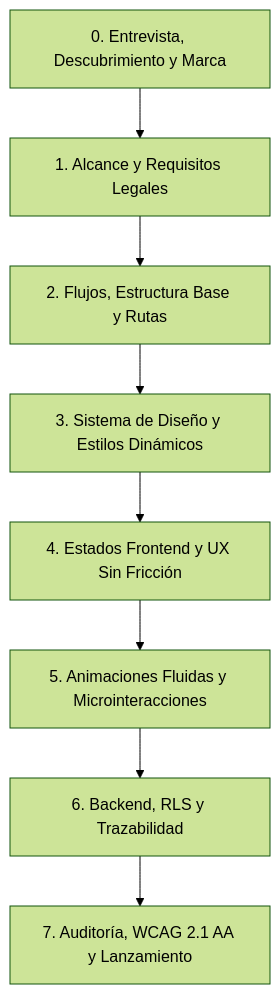
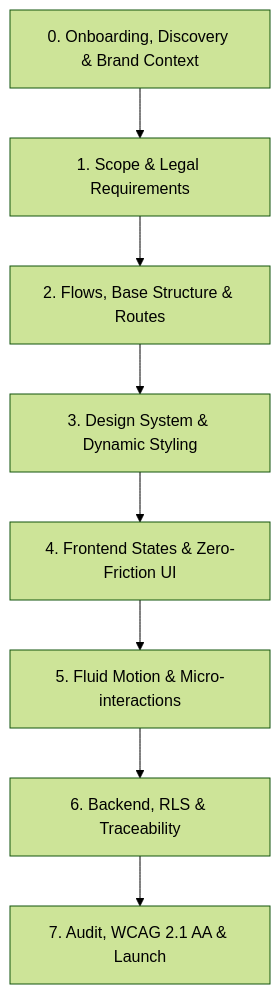
The diagram in AGENTS.md (santiagoes2009-pixel/agentic-web-framework), drawn with Mermaid (forest theme) before and after one commit. The commit also changed other lines of this file and 3 other files, not shown here.

````diff
--- a/AGENTS.md
+++ b/AGENTS.md
@@ -71,10 +76,10 @@
 ```mermaid
 flowchart TD
-    A["0. Entrevista, Descubrimiento y Marca"] --> B["1. Alcance y Requisitos Legales"]
-    B --> C["2. Flujos, Estructura Base y Rutas"]
-    C --> D["3. Sistema de Diseño y Estilos Dinámicos"]
-    D --> E["4. Estados Frontend y UX Sin Fricción"]
-    E --> F["5. Animaciones Fluidas y Microinteracciones"]
-    F --> G["6. Backend, RLS y Trazabilidad"]
-    G --> H["7. Auditoría, WCAG 2.1 AA y Lanzamiento"]
+    A["0. Onboarding, Discovery & Brand Context"] --> B["1. Scope & Legal Requirements"]
+    B --> C["2. Flows, Base Structure & Routes"]
+    C --> D["3. Design System & Dynamic Styling"]
+    D --> E["4. Frontend States & Zero-Friction UI"]
+    E --> F["5. Fluid Motion & Micro-interactions"]
+    F --> G["6. Backend, RLS & Traceability"]
+    G --> H["7. Audit, WCAG 2.1 AA & Launch"]
 ```
````
